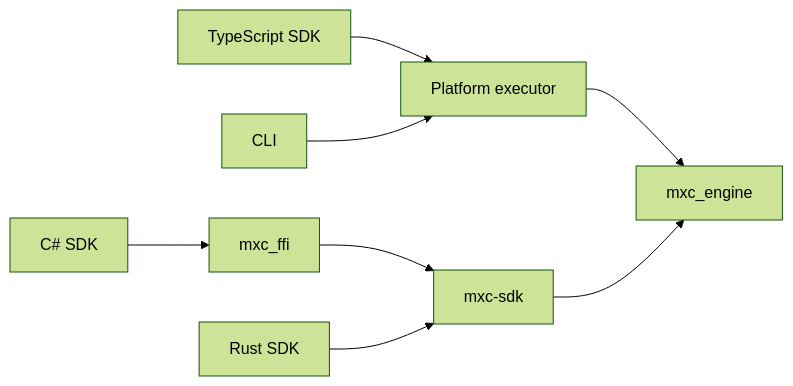
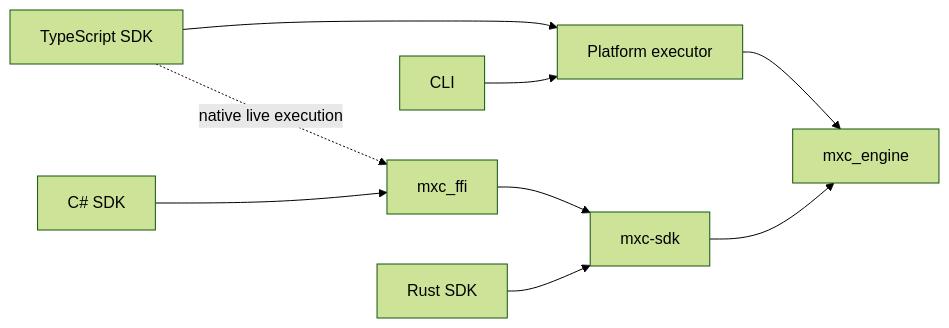
Before and after one commit to microsoft/mxc: the second of 2 diagrams in docs/architecture.md, drawn with Mermaid (forest theme). The commit also changed other lines of this file and 20 other files, not shown here.

First line of the commit message:
Adopt native stdio for Node live execution

````diff
--- a/docs/architecture.md
+++ b/docs/architecture.md
@@ -100,18 +100,19 @@
 ```mermaid
 flowchart LR
     typescript["TypeScript SDK"]
     cli["CLI"]
     csharp["C# SDK"]
     rust["Rust SDK"]
     executor["Platform executor"]
     ffi["mxc_ffi"]
     sdk["mxc-sdk"]
     engine["mxc_engine"]
 
     typescript --> executor
+    typescript -. "native live execution" .-> ffi
     cli --> executor
     csharp --> ffi --> sdk
     rust --> sdk
     executor --> engine
     sdk --> engine
 ```
````
